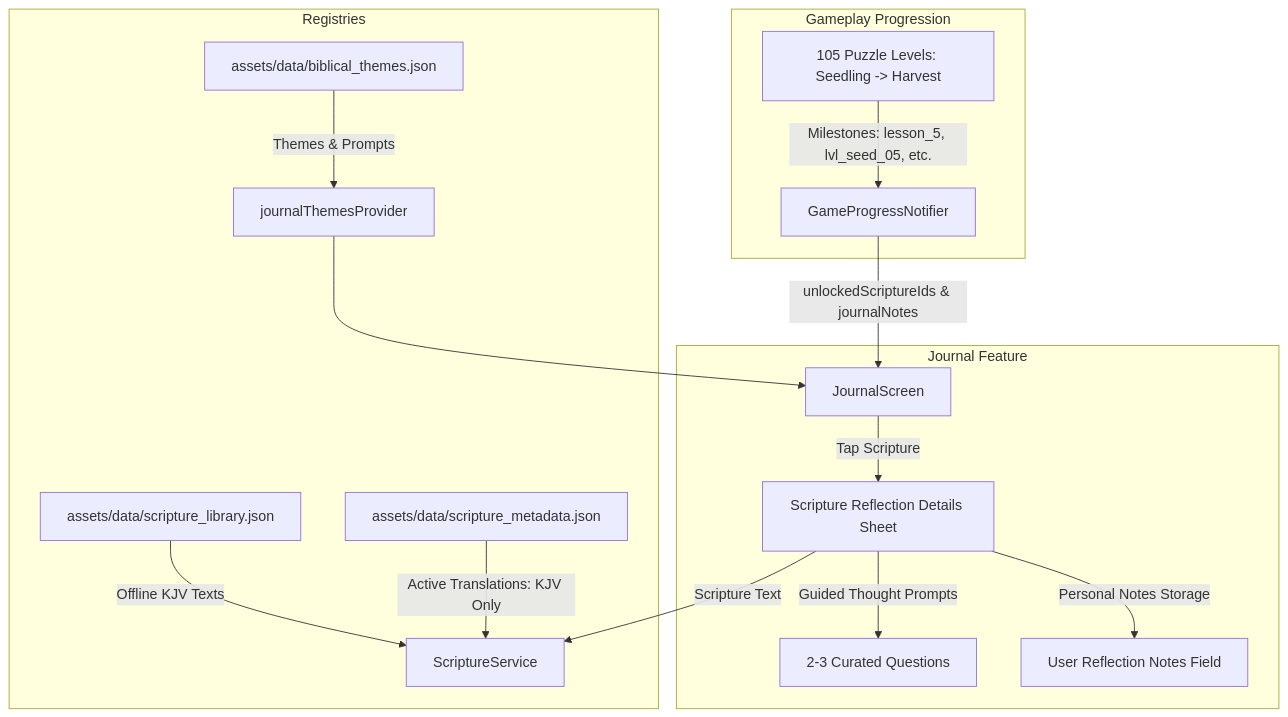
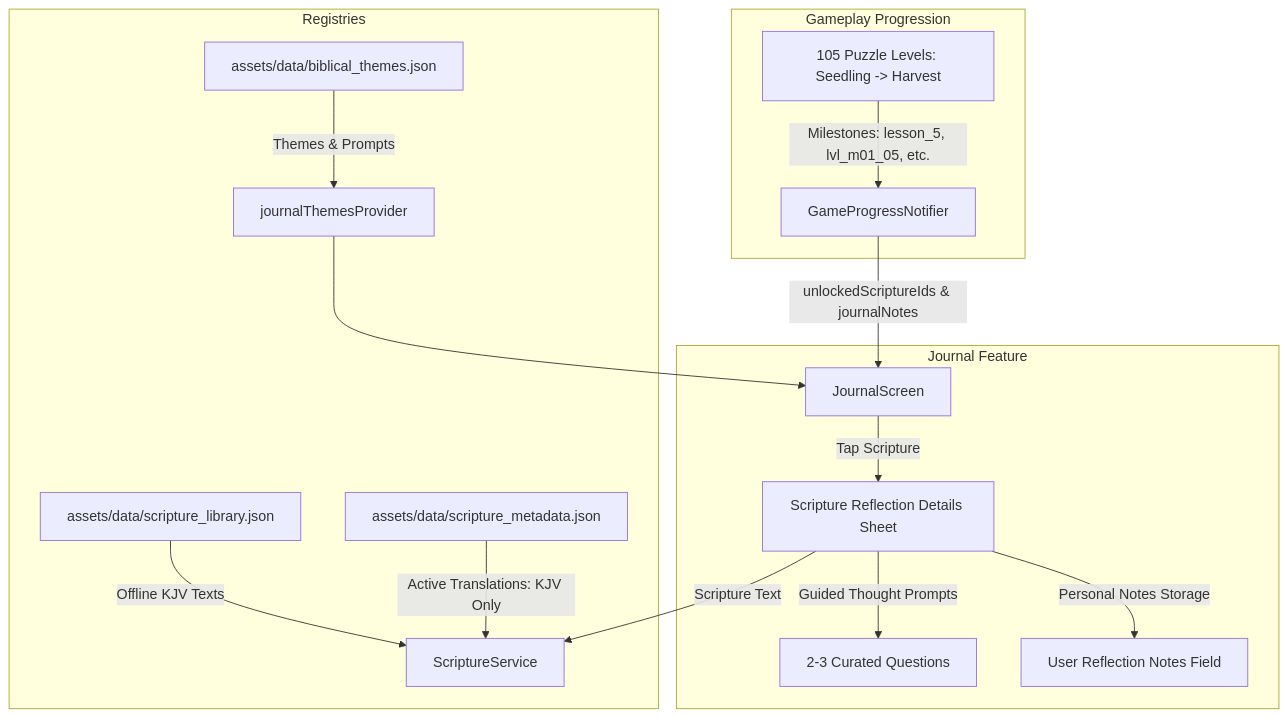
One commit to eng618/parable-bloom changed the first of 2 diagrams in documentation/explanation/scripture-library.md. Above: the diagram before and after it, drawn with Mermaid. The commit also changed other lines of this file and 43 other files, not shown here.

````diff
--- a/documentation/explanation/scripture-library.md
+++ b/documentation/explanation/scripture-library.md
@@ -14,21 +14,21 @@
 ```mermaid
 graph TD
     subgraph Gameplay Progression
-        L[105 Puzzle Levels: Seedling -> Harvest] -->|Milestones: lesson_5, lvl_seed_05, etc.| GPN[GameProgressNotifier]
+        L[105 Puzzle Levels: Seedling -> Harvest] -->|Milestones: lesson_5, lvl_m01_05, etc.| GPN[GameProgressNotifier]
     end
 
     subgraph Registries
         BT[assets/data/biblical_themes.json] -->|Themes & Prompts| JTP[journalThemesProvider]
         SL[assets/data/scripture_library.json] -->|Offline KJV Texts| SS[ScriptureService]
         SM[assets/data/scripture_metadata.json] -->|Active Translations: KJV Only| SS
     end
 
     subgraph Journal Feature
         JTP --> JS[JournalScreen]
         GPN -->|unlockedScriptureIds & journalNotes| JS
         JS -->|Tap Scripture| RDS[Scripture Reflection Details Sheet]
         RDS -->|Scripture Text| SS
         RDS -->|Guided Thought Prompts| GP[2-3 Curated Questions]
         RDS -->|Personal Notes Storage| UN[User Reflection Notes Field]
     end
 ```
````
